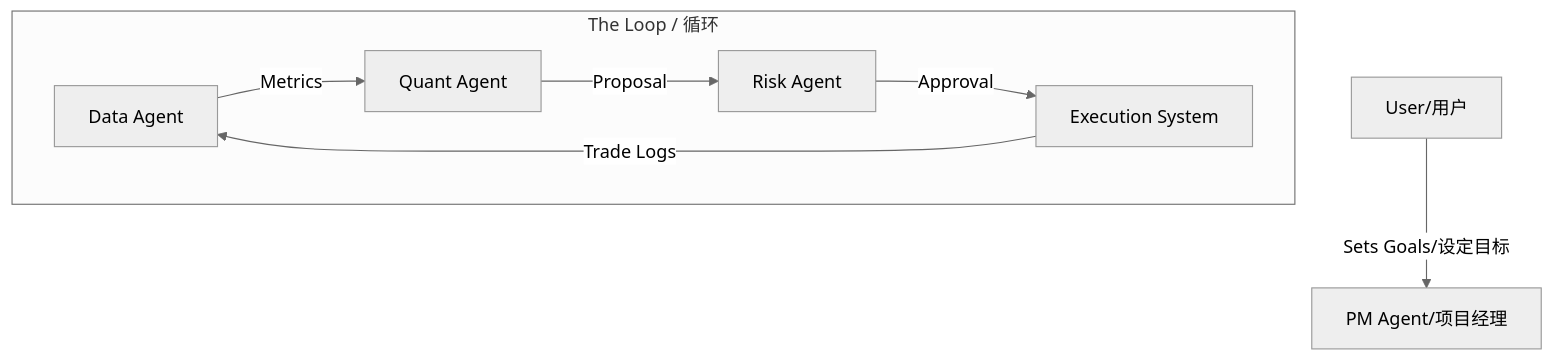
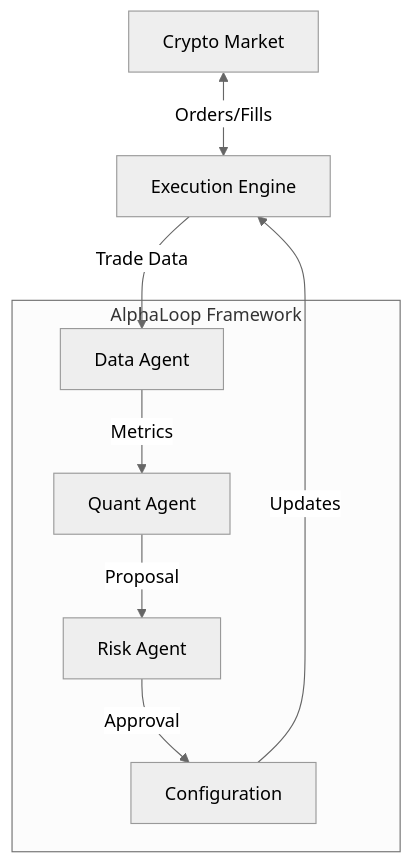
One commit to bryanzk/MarketMakerDemo changed the diagram in README.md. Above: the diagram before and after it, drawn with Mermaid (neutral theme). The commit also changed other lines of this file and 7 other files, not shown here.

````diff
--- a/README.md
+++ b/README.md
@@ -76,11 +65,13 @@
 ```mermaid
 graph TD
-    User[User/用户] -->|Sets Goals/设定目标| PM[PM Agent/项目经理]
+    Market[Crypto Market] <-->|Orders/Fills| Exec[Execution Engine]
+    Exec -->|Trade Data| Data[Data Agent]
     
-    subgraph "The Loop / 循环"
-        Data[Data Agent] -->|Metrics| Quant[Quant Agent]
+    subgraph "AlphaLoop Framework"
+        Data -->|Metrics| Quant[Quant Agent]
         Quant -->|Proposal| Risk[Risk Agent]
-        Risk -->|Approval| Exec[Execution System]
-        Exec -->|Trade Logs| Data
+        Risk -->|Approval| Config[Configuration]
     end
+    
+    Config -->|Updates| Exec
 ```
````
